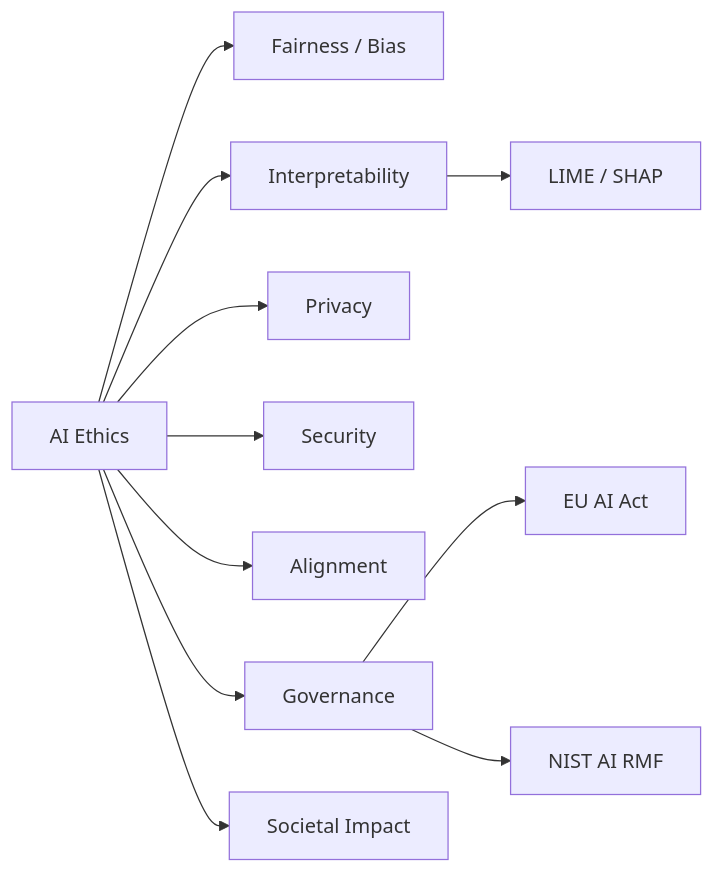
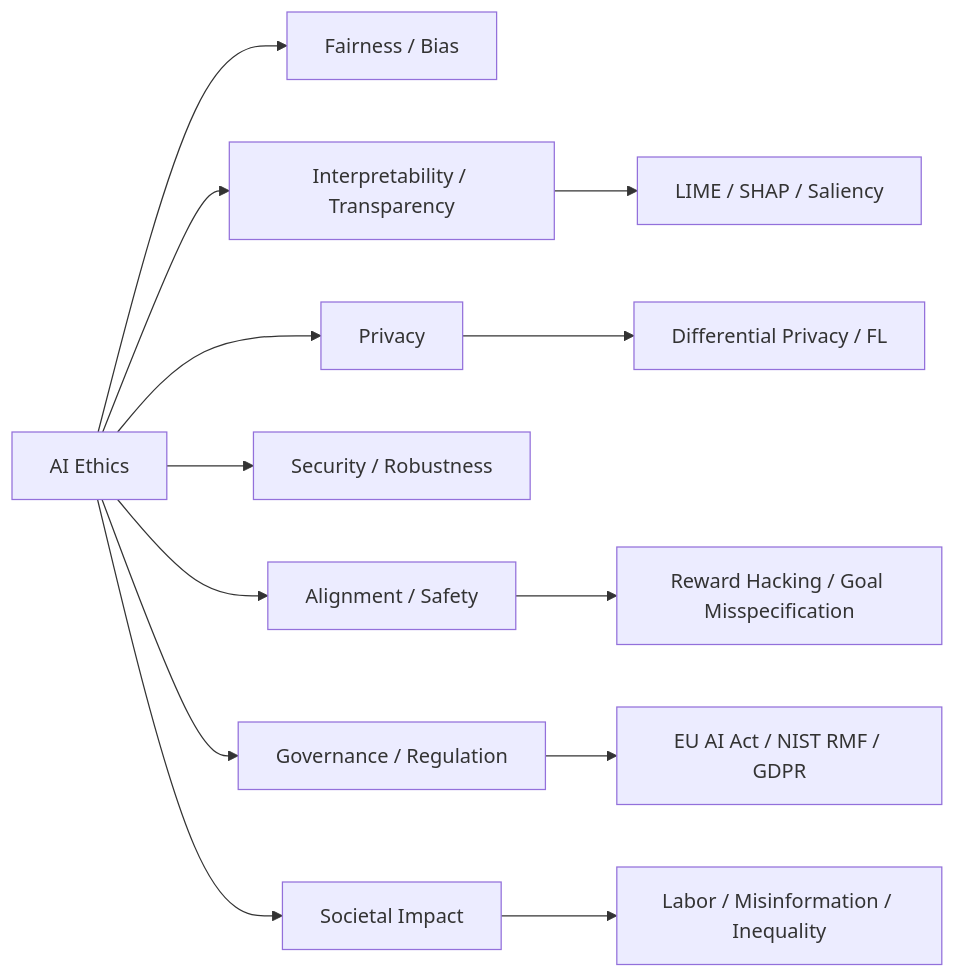
Before and after one commit to Raushan666java/ai-engineering-journey: the diagram in docs/courses/artificial-intelligence/15-ethics-ai.md, drawn with Mermaid. The commit also changed other lines of this file and 26 other files, not shown here.

````diff
--- a/docs/courses/artificial-intelligence/15-ethics-ai.md
+++ b/docs/courses/artificial-intelligence/15-ethics-ai.md
@@ -23,13 +40,15 @@
 ```mermaid
 flowchart LR
     A[AI Ethics] --> B[Fairness / Bias]
-    A --> C[Interpretability]
-    C --> D[LIME / SHAP]
+    A --> C[Interpretability / Transparency]
+    C --> D[LIME / SHAP / Saliency]
     A --> E[Privacy]
-    A --> F[Security]
-    A --> G[Alignment]
-    A --> H[Governance]
-    H --> I[EU AI Act]
-    H --> J[NIST AI RMF]
-    A --> K[Societal Impact]
+    E --> F[Differential Privacy / FL]
+    A --> G[Security / Robustness]
+    A --> H[Alignment / Safety]
+    H --> I[Reward Hacking / Goal Misspecification]
+    A --> J[Governance / Regulation]
+    J --> K[EU AI Act / NIST RMF / GDPR]
+    A --> L[Societal Impact]
+    L --> M[Labor / Misinformation / Inequality]
 ```
````
